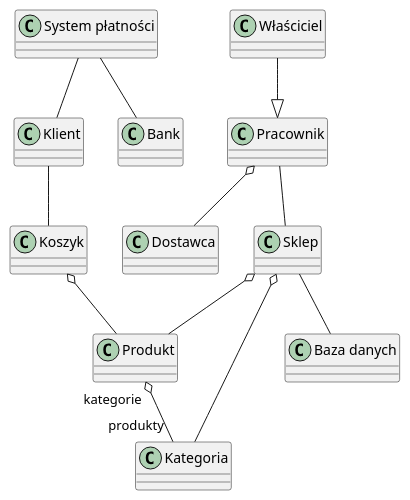
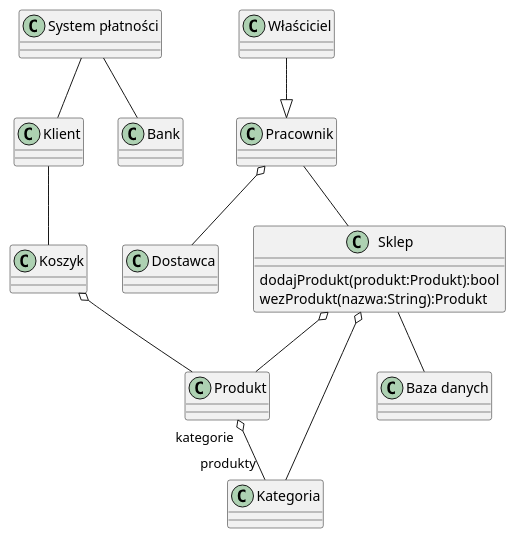
Before and after one commit to kpodlaski/Projektowanie_obiektowe_2022: the diagram in zaoczne/G1/sklep_object_diagram.plantuml, drawn with PlantUML. The commit also changed 1 other file, not shown here.

```diff
--- a/zaoczne/G1/sklep_object_diagram.plantuml
+++ b/zaoczne/G1/sklep_object_diagram.plantuml
@@ -1,33 +1,41 @@
 @startuml
 
 'elementy class można zastąpic przez object
 
 class Pracownik
 class Właściciel
 class Klient
 class Dostawca
 
 'sklep jest rozumiany jako magazyn, 
 'lub pomieszczenie z produktami (na półkach)
-class Sklep
+class Sklep{
+    'dodanie do stanu magazynowego
+    dodajProdukt(produkt:Produkt):bool
+    'zdjęcie ze stanu magazynu
+    wezProdukt(nazwa:String):Produkt
+}
 
 class Koszyk
 class Bank 
 class "System płatności"
-class Produkt
+class Produkt{
+    ' cena:float
+    ' dodajKategorie():void
+}
 class Kategoria
 class "Baza danych"
 
 Właściciel --|> Pracownik
 Pracownik o-- Dostawca
 Klient -- Koszyk
 Sklep o-- Produkt
 Sklep o-- Kategoria
 Produkt "kategorie" o-- "produkty" Kategoria
 Pracownik -- Sklep
 "System płatności"  -- Klient
 "System płatności" -- Bank
 Koszyk o-- Produkt
 Sklep -- "Baza danych"
 
 @enduml
```
